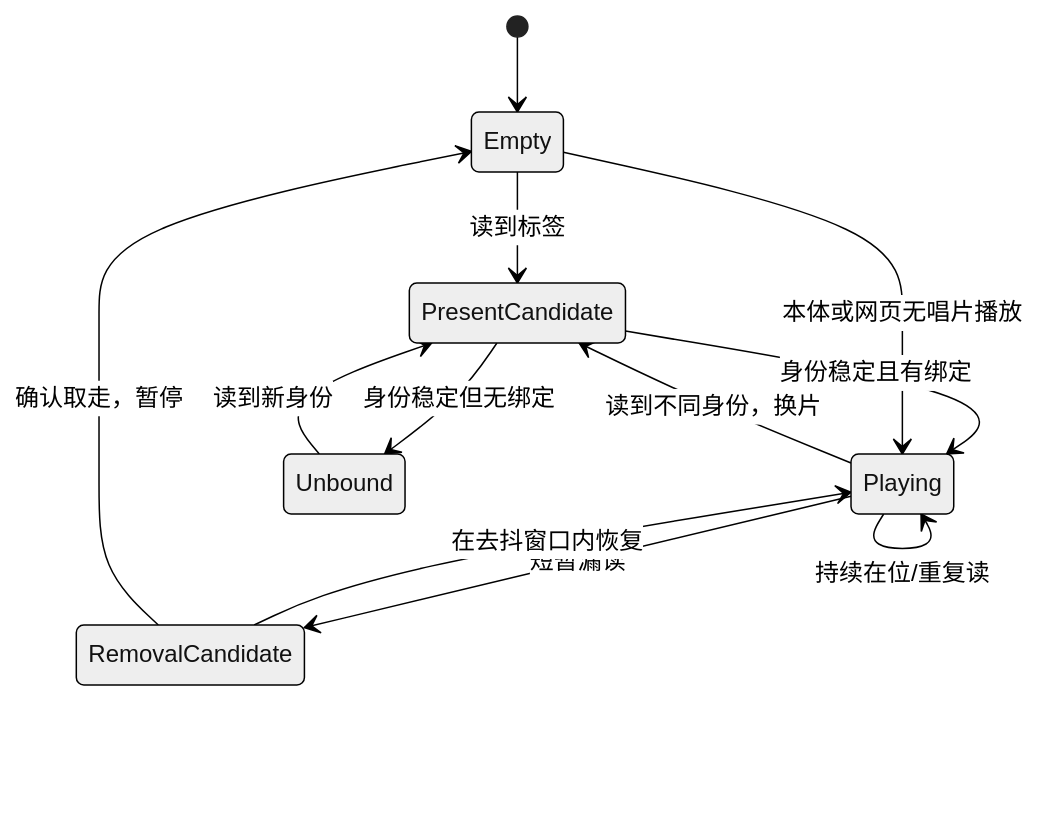
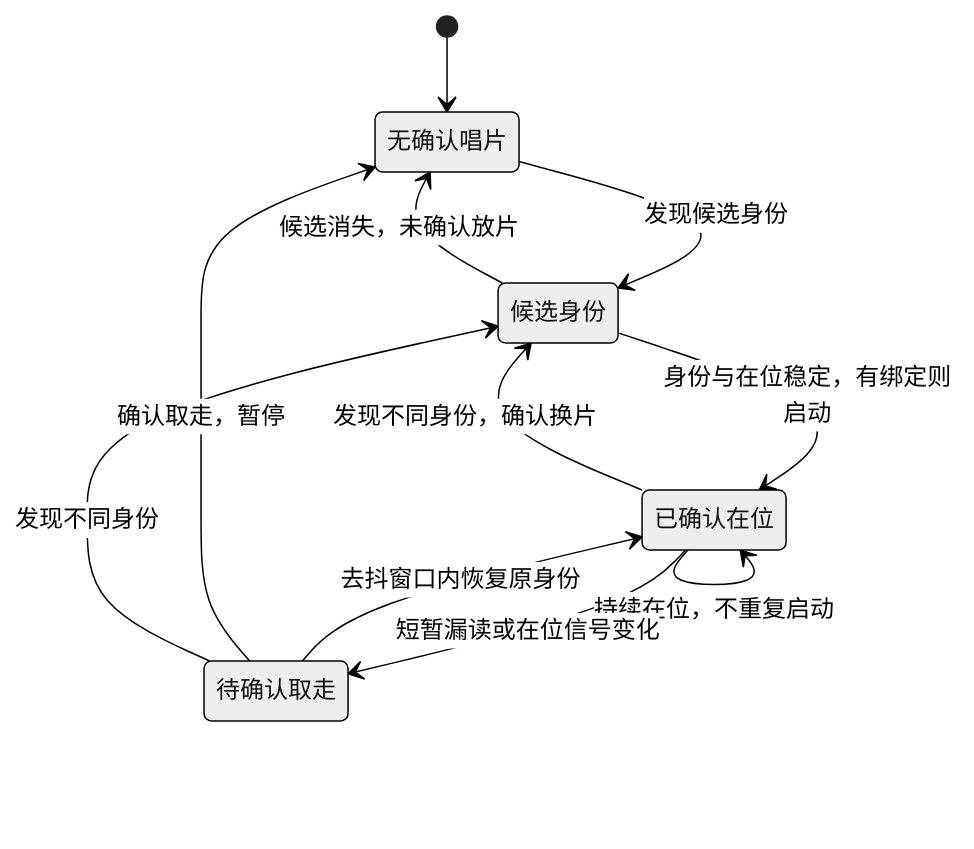
One commit to yigencong-1/record-companion changed the diagram in features/records/README.md. Above: the diagram before and after it, drawn with Mermaid (neutral theme). The commit also changed other lines of this file and 12 other files, not shown here.

````diff
--- a/features/records/README.md
+++ b/features/records/README.md
@@ -15,14 +17,17 @@
 ```mermaid
 stateDiagram-v2
+    state "无确认唱片" as Empty
+    state "候选身份" as PresentCandidate
+    state "已确认在位" as InPlace
+    state "待确认取走" as RemovalCandidate
     [*] --> Empty
-    Empty --> PresentCandidate: 读到标签
-    PresentCandidate --> Playing: 身份稳定且有绑定
-    PresentCandidate --> Unbound: 身份稳定但无绑定
-    Playing --> Playing: 持续在位/重复读
-    Playing --> RemovalCandidate: 短暂漏读
-    RemovalCandidate --> Playing: 在去抖窗口内恢复
+    Empty --> PresentCandidate: 发现候选身份
+    PresentCandidate --> InPlace: 身份与在位稳定，有绑定则启动
+    PresentCandidate --> Empty: 候选消失，未确认放片
+    InPlace --> InPlace: 持续在位，不重复启动
+    InPlace --> RemovalCandidate: 短暂漏读或在位信号变化
+    RemovalCandidate --> InPlace: 去抖窗口内恢复原身份
     RemovalCandidate --> Empty: 确认取走，暂停
-    Playing --> PresentCandidate: 读到不同身份，换片
-    Unbound --> PresentCandidate: 读到新身份
-    Empty --> Playing: 本体或网页无唱片播放
+    InPlace --> PresentCandidate: 发现不同身份，确认换片
+    RemovalCandidate --> PresentCandidate: 发现不同身份
 ```
````
